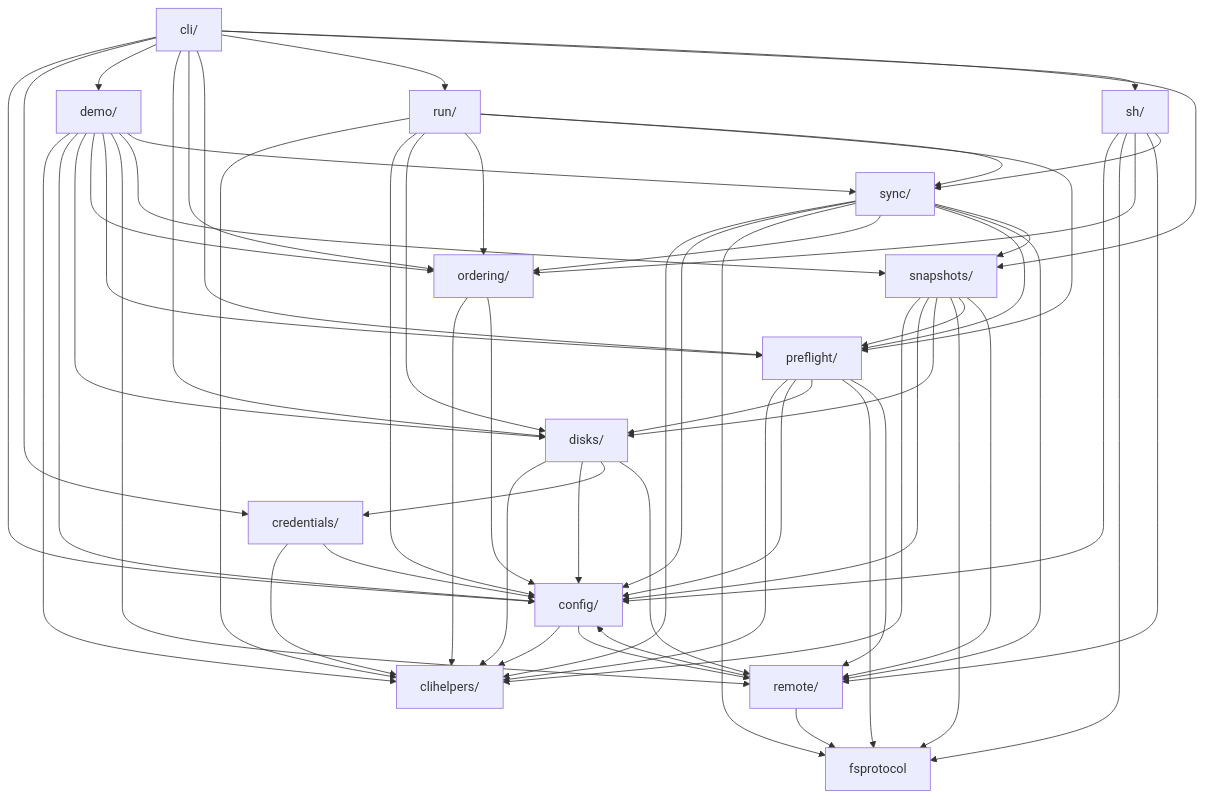
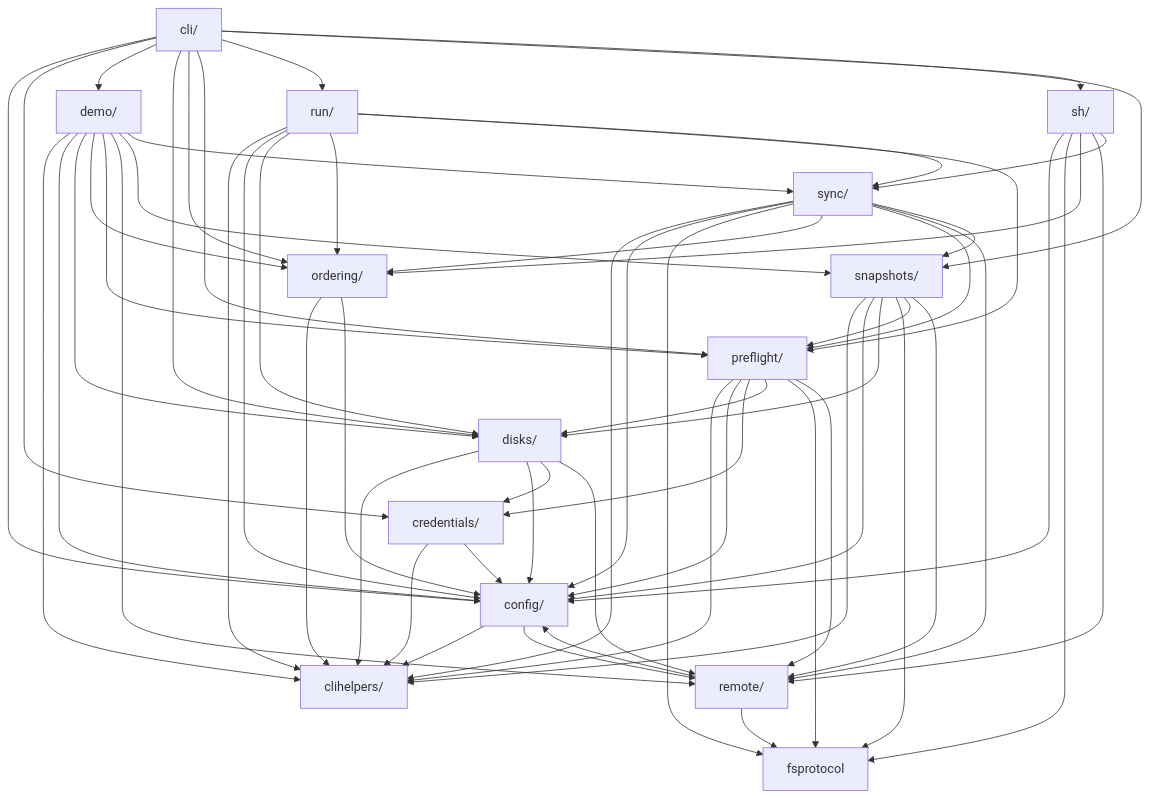
The diagram in docs/architecture.md (iglootools/nbkp), drawn with Mermaid before and after one commit. The commit also changed 8 other files, not shown here.

````diff
--- a/docs/architecture.md
+++ b/docs/architecture.md
@@ -40,76 +40,77 @@
 ```mermaid
 graph TD
     cli["cli/"]
     clihelpers["clihelpers/"]
     config["config/"]
     credentials["credentials/"]
     demo["demo/"]
     disks["disks/"]
     fsprotocol["fsprotocol"]
     ordering["ordering/"]
     preflight["preflight/"]
     remote["remote/"]
     run["run/"]
     sh["sh/"]
     snapshots["snapshots/"]
     sync["sync/"]
 
     cli --> config
     cli --> credentials
     cli --> demo
     cli --> disks
     cli --> ordering
     cli --> preflight
     cli --> run
     cli --> sh
     cli --> snapshots
     config --> clihelpers
     config --> remote
     credentials --> clihelpers
     credentials --> config
     demo --> clihelpers
     demo --> config
     demo --> disks
     demo --> ordering
     demo --> preflight
     demo --> remote
     demo --> snapshots
     demo --> sync
     disks --> clihelpers
     disks --> config
     disks --> credentials
     disks --> remote
     ordering --> clihelpers
     ordering --> config
     preflight --> clihelpers
     preflight --> config
+    preflight --> credentials
     preflight --> disks
     preflight --> fsprotocol
     preflight --> remote
     remote --> config
     remote --> fsprotocol
     run --> clihelpers
     run --> config
     run --> disks
     run --> ordering
     run --> preflight
     run --> sync
     sh --> config
     sh --> fsprotocol
     sh --> ordering
     sh --> remote
     sh --> sync
     snapshots --> clihelpers
     snapshots --> config
     snapshots --> disks
     snapshots --> fsprotocol
     snapshots --> preflight
     snapshots --> remote
     sync --> clihelpers
     sync --> config
     sync --> fsprotocol
     sync --> ordering
     sync --> preflight
     sync --> remote
     sync --> snapshots
 ```
````
